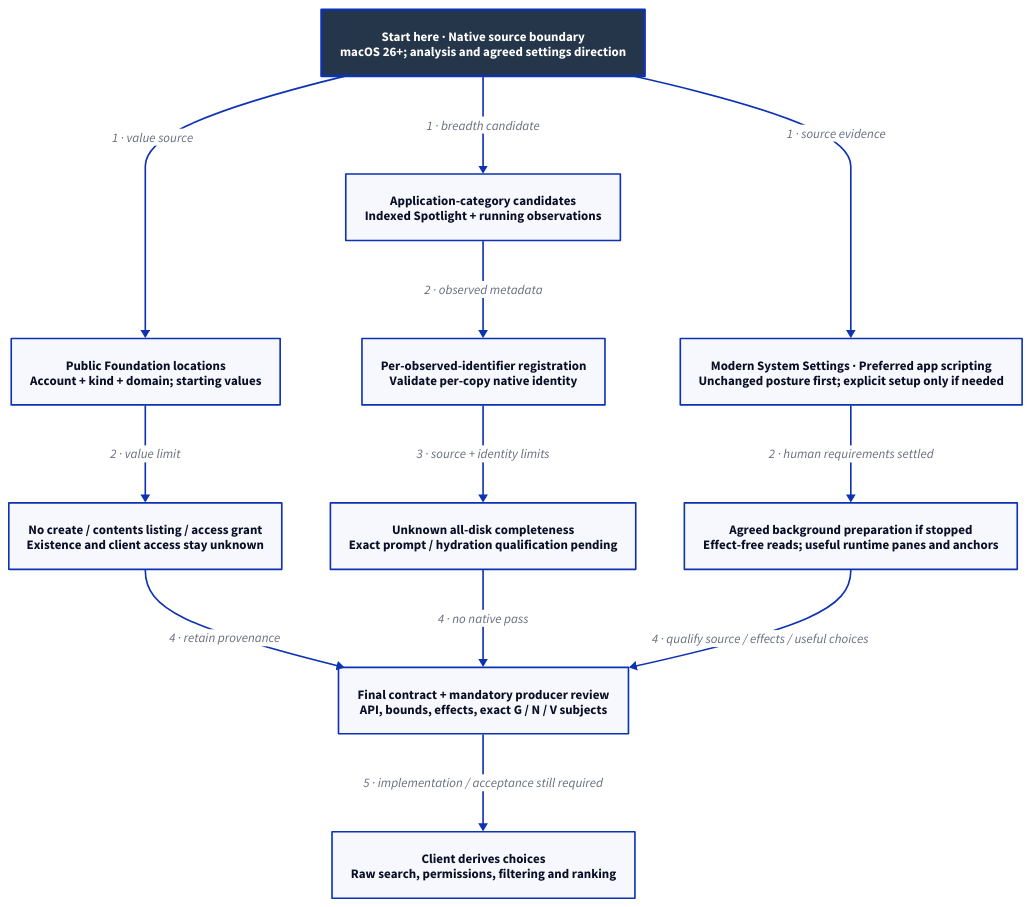
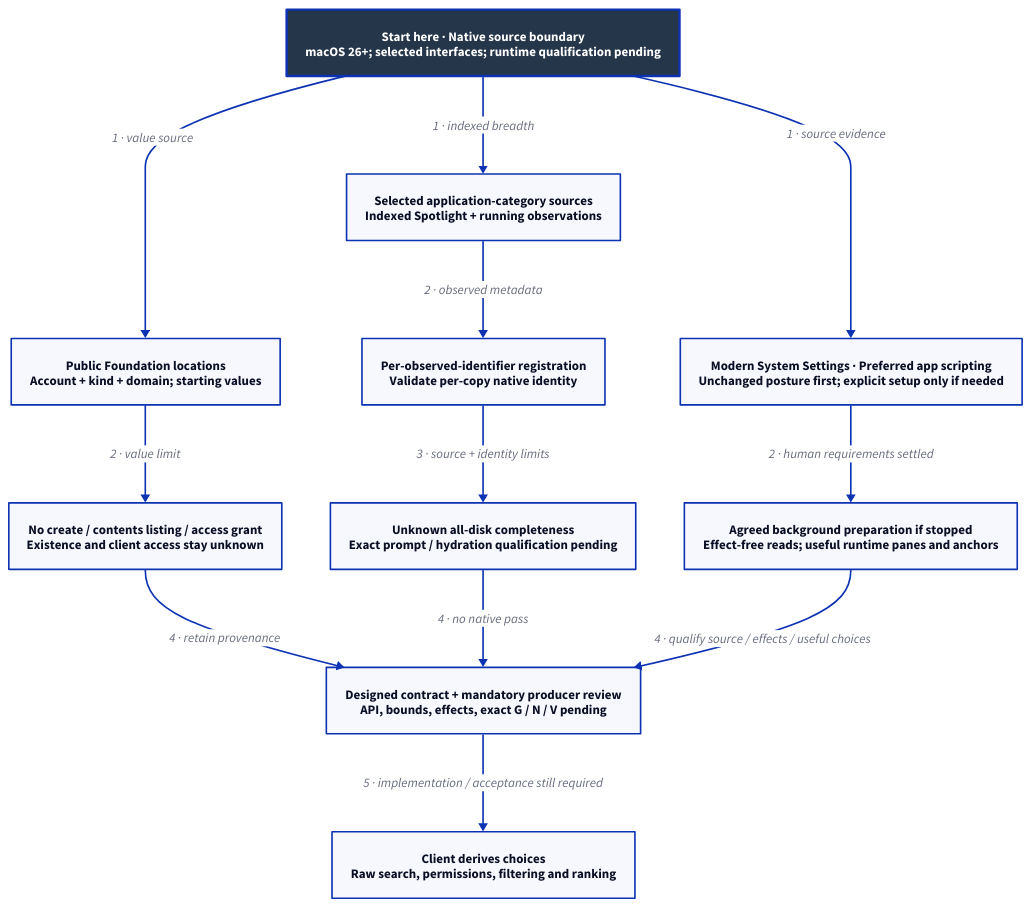
The diagram in docs/design/architecture/native-discovery-sources.d2 (Linkuistics/Koine), drawn with D2 before and after one commit. The commit also changed 132 other files, not shown here.

Commit message:
Define native discovery contract (native-discovery-k202, native-discovery-k199)

```diff
--- a/docs/design/architecture/native-discovery-sources.d2
+++ b/docs/design/architecture/native-discovery-sources.d2
@@ -1,26 +1,26 @@
 # Bounded source analysis and agreed settings route; no qualified runtime backend.
 direction: down
 classes: {
   start: {style: {fill: "#25364B"; font-color: "#FFFFFF"; bold: true; stroke-width: 3}}
 }
-Start: "Start here · Native source boundary\nmacOS 26+; analysis and agreed settings direction" {class: start}
+Start: "Start here · Native source boundary\nmacOS 26+; selected interfaces; runtime qualification pending" {class: start}
 Locations: "Public Foundation locations\nAccount + kind + domain; starting values"
 LocationLimit: "No create / contents listing / access grant\nExistence and client access stay unknown"
-Apps: "Application-category candidates\nIndexed Spotlight + running observations"
+Apps: "Selected application-category sources\nIndexed Spotlight + running observations"
 Copies: "Per-observed-identifier registration\nValidate per-copy native identity"
 AppLimit: "Unknown all-disk completeness\nExact prompt / hydration qualification pending"
 Settings: "Modern System Settings · Preferred app scripting\nUnchanged posture first; explicit setup only if needed"
 Choice: "Agreed background preparation if stopped\nEffect-free reads; useful runtime panes and anchors"
-Contract: "Final contract + mandatory producer review\nAPI, bounds, effects, exact G / N / V subjects"
+Contract: "Designed contract + mandatory producer review\nAPI, bounds, effects, exact G / N / V pending"
 Client: "Client derives choices\nRaw search, permissions, filtering and ranking"
 Start -> Locations: "1 · value source"
 Locations -> LocationLimit: "2 · value limit"
-Start -> Apps: "1 · breadth candidate"
+Start -> Apps: "1 · indexed breadth"
 Apps -> Copies: "2 · observed metadata"
 Copies -> AppLimit: "3 · source + identity limits"
 Start -> Settings: "1 · source evidence"
 Settings -> Choice: "2 · human requirements settled"
 LocationLimit -> Contract: "4 · retain provenance"
 AppLimit -> Contract: "4 · no native pass"
 Choice -> Contract: "4 · qualify source / effects / useful choices"
 Contract -> Client: "5 · implementation / acceptance still required"
```
